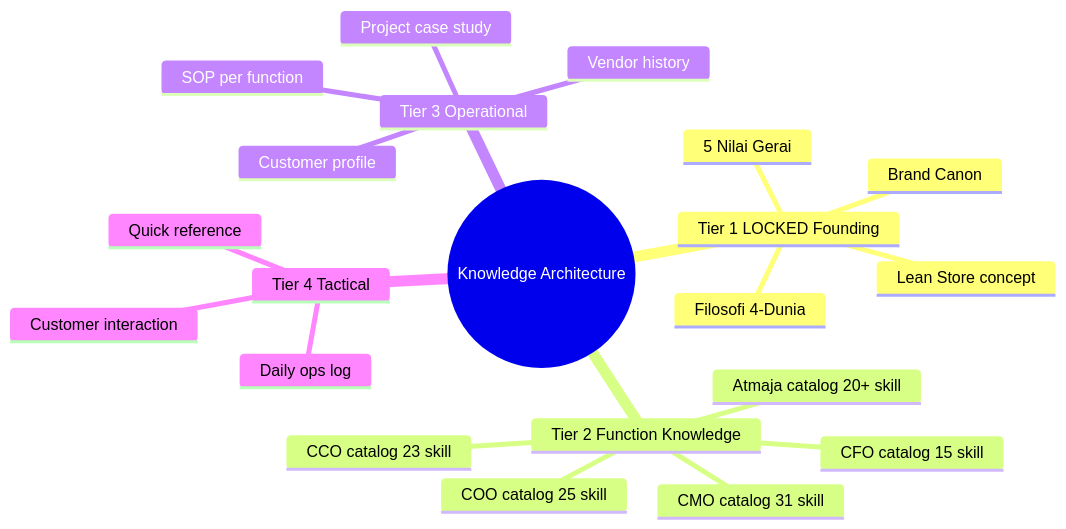
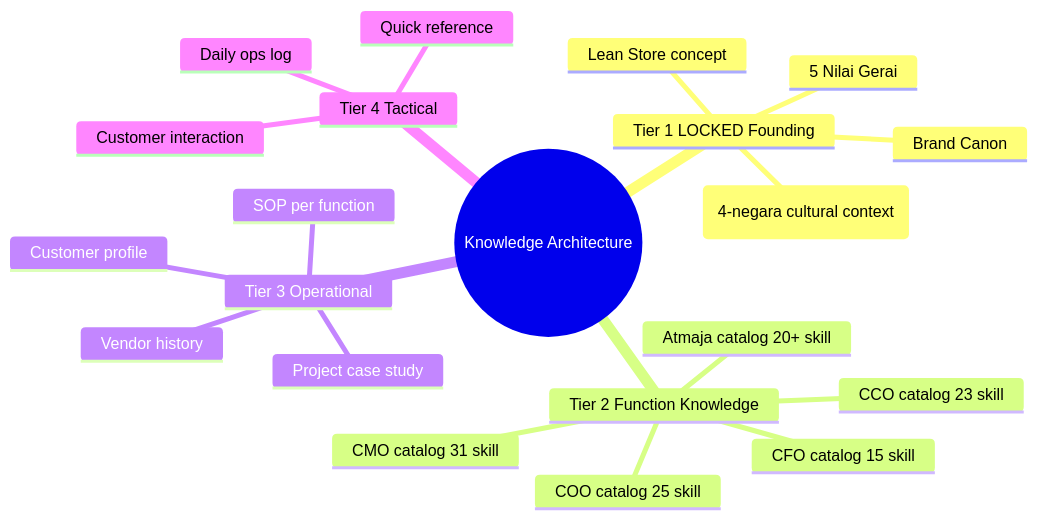
Diagram 12 of 15 in librechat-deploy/skills/atmaja/architectural-model.md (MahewAi/Mahew), drawn with Mermaid before and after one commit. The commit also changed other lines of this file and 80 other files, not shown here.

````diff
--- a/librechat-deploy/skills/atmaja/architectural-model.md
+++ b/librechat-deploy/skills/atmaja/architectural-model.md
@@ -354,24 +354,24 @@
 ```mermaid
 mindmap
   root((Knowledge Architecture))
     Tier 1 LOCKED Founding
       Brand Canon
-      Filosofi 4-Dunia
+      Filosofi Dunia Pintu (4-negara cultural context)
       5 Nilai Gerai
       Lean Store concept
     Tier 2 Function Knowledge
       CMO catalog 31 skill
       COO catalog 25 skill
       CCO catalog 23 skill
       CFO catalog 15 skill
       Atmaja catalog 20+ skill
     Tier 3 Operational
       SOP per function
       Vendor history
       Customer profile
       Project case study
     Tier 4 Tactical
       Daily ops log
       Customer interaction
       Quick reference
 ```
````
